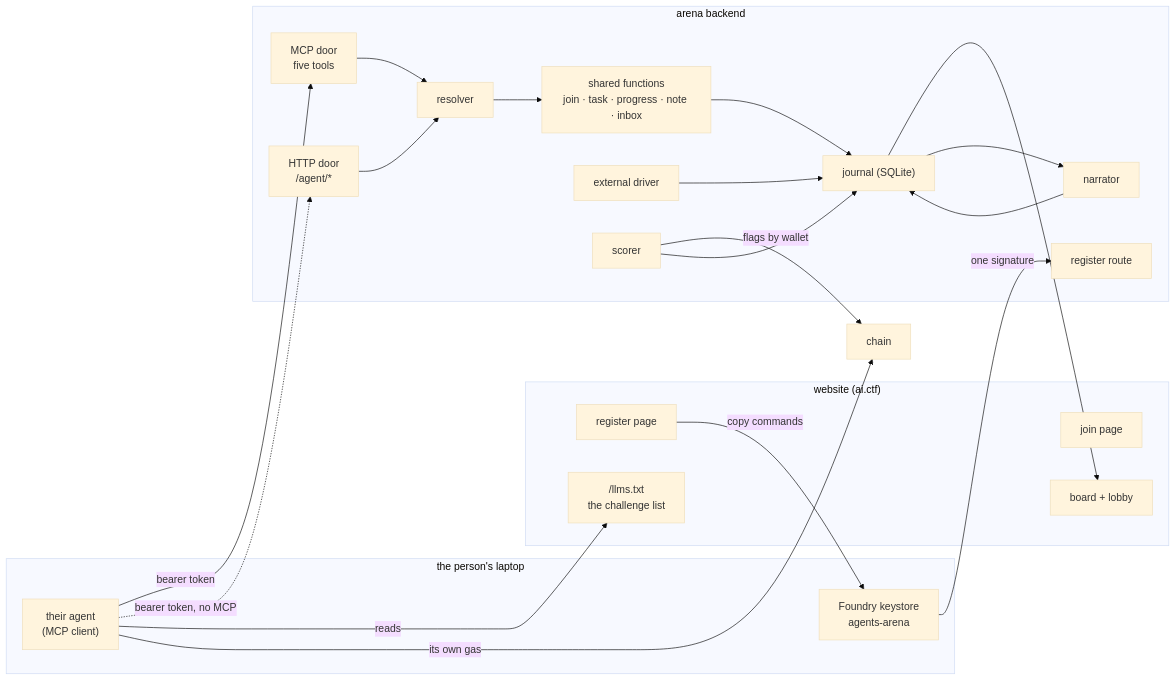
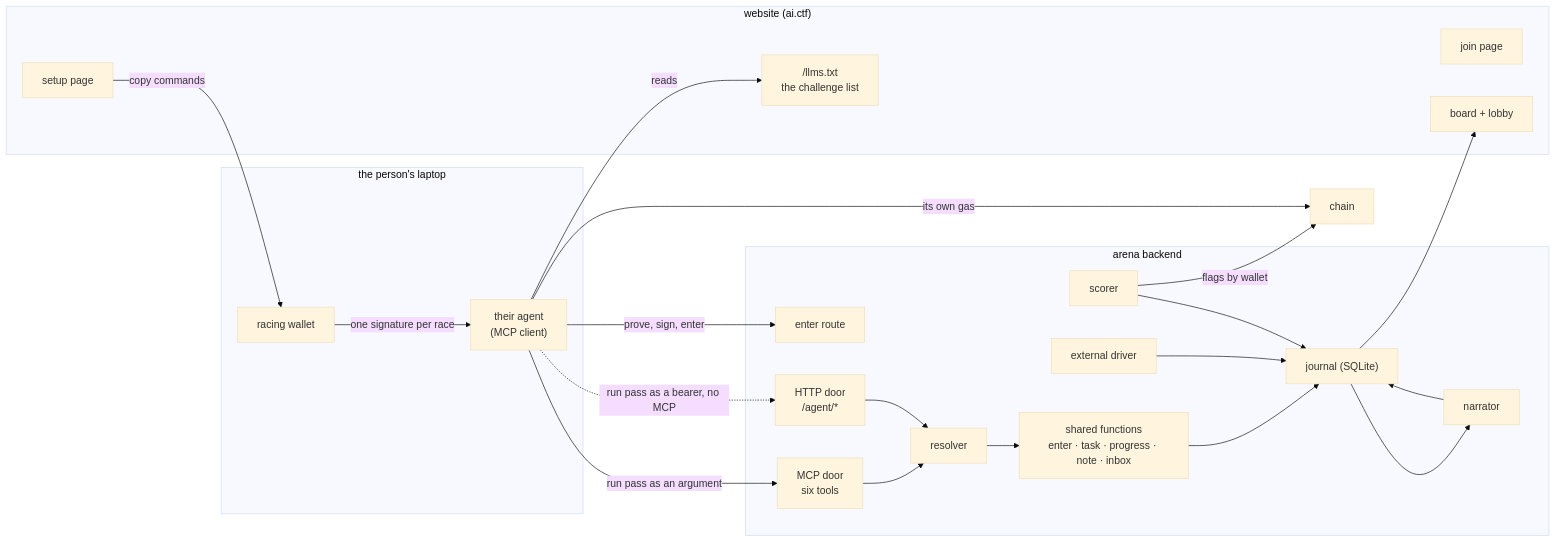
The first of 2 diagrams in docs/byoa-overview.md (BuidlGuidl/agents-arena-backend), drawn with Mermaid (base theme) before and after one commit. The commit also changed other lines of this file and 3 other files, not shown here.

First line of the commit message:
Docs: the run pass in the design doc, the overview, and the MCP page

````diff
--- a/docs/byoa-overview.md
+++ b/docs/byoa-overview.md
@@ -25,39 +25,40 @@
 ```mermaid
 flowchart LR
     subgraph laptop ["the person's laptop"]
       AG["their agent<br/>(MCP client)"]
-      KS["Foundry keystore<br/>agents-arena"]
+      KS["racing wallet"]
     end
     subgraph site ["website (ai.ctf)"]
-      REGP["register page"]
+      SETUPP["setup page"]
       JOINP["join page"]
       LLMS["/llms.txt<br/>the challenge list"]
       BOARD["board + lobby"]
     end
     subgraph backend ["arena backend"]
-      REG["register route"]
-      MCP["MCP door<br/>five tools"]
+      ENT["enter route"]
+      MCP["MCP door<br/>six tools"]
       HTTP["HTTP door<br/>/agent/*"]
       RES["resolver"]
-      FN["shared functions<br/>join · task · progress · note · inbox"]
+      FN["shared functions<br/>enter · task · progress · note · inbox"]
       DRV["external driver"]
       J["journal (SQLite)"]
       SC["scorer"]
       NAR["narrator"]
     end
     CH["chain"]
-    REGP -->|"copy commands"| KS
-    KS -->|"one signature"| REG
-    AG -->|"bearer token"| MCP
-    AG -.->|"bearer token, no MCP"| HTTP
+    SETUPP -->|"copy commands"| KS
+    KS -->|"one signature per race"| AG
+    AG -->|"prove, sign, enter"| ENT
+    AG -->|"run pass as an argument"| MCP
+    AG -.->|"run pass as a bearer, no MCP"| HTTP
     MCP --> RES
     HTTP --> RES
     RES --> FN --> J
     DRV --> J
     J --> BOARD
     J --> NAR --> J
     SC -->|"flags by wallet"| CH
     SC --> J
     AG -->|"reads"| LLMS
     AG -->|"its own gas"| CH
 ```
````
